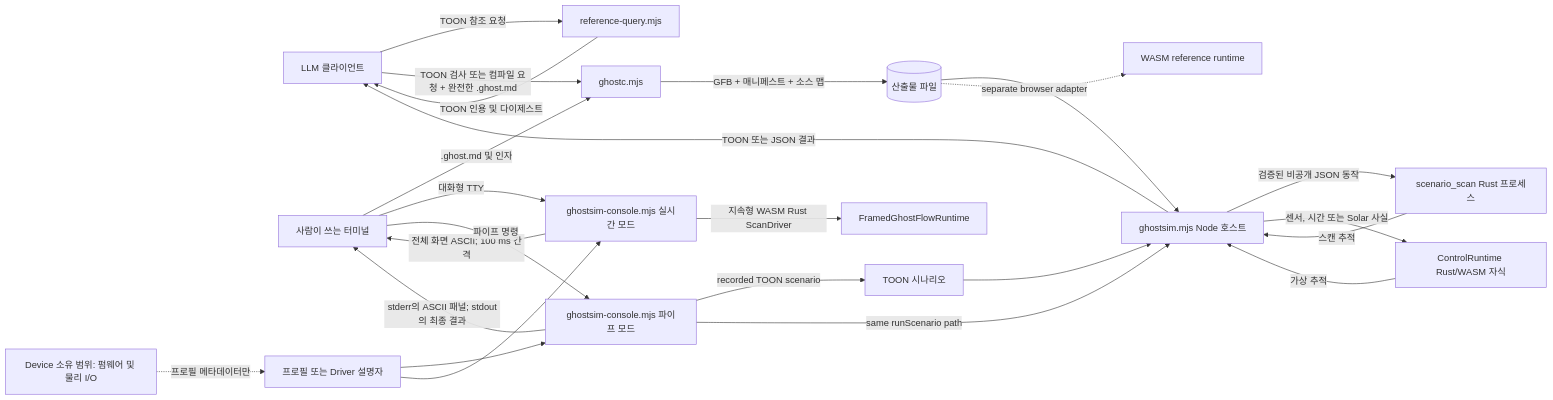
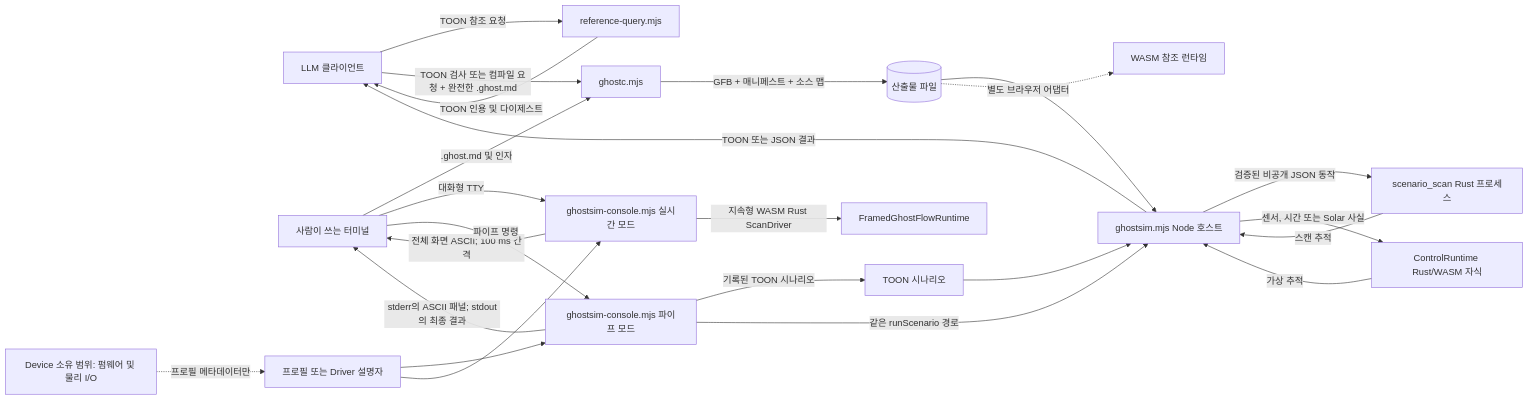
The first of 4 diagrams in docs/LLM-TOOLCHAIN-ARCHITECTURE.ko.md (callin2/ghostflow-language), drawn with Mermaid before and after one commit. The commit also changed 7 other files, not shown here.

````diff
--- a/docs/LLM-TOOLCHAIN-ARCHITECTURE.ko.md
+++ b/docs/LLM-TOOLCHAIN-ARCHITECTURE.ko.md
@@ -12,26 +12,26 @@
 ```mermaid
 flowchart LR
   LLM[LLM 클라이언트] -->|TOON 참조 요청| R[reference-query.mjs]
   R -->|TOON 인용 및 다이제스트| LLM
   LLM -->|TOON 검사 또는 컴파일 요청 + 완전한 .ghost.md| C[ghostc.mjs]
   Human[사람이 쓰는 터미널] -->|.ghost.md 및 인자| C
   C -->|GFB + 매니페스트 + 소스 맵| A[(산출물 파일)]
   A --> S[ghostsim.mjs Node 호스트]
   Scenario[TOON 시나리오] --> S
   S -->|검증된 비공개 JSON 동작| Native[scenario_scan Rust 프로세스]
   Native -->|스캔 추적| S
   S -->|센서, 시간 또는 Solar 사실| SimWasm[ControlRuntime Rust/WASM 자식]
   SimWasm -->|가상 추적| S
   S -->|TOON 또는 JSON 결과| LLM
   Human -->|대화형 TTY| Live[ghostsim-console.mjs 실시간 모드]
   Live -->|지속형 WASM Rust ScanDriver| Core[FramedGhostFlowRuntime]
   Live -->|전체 화면 ASCII; 100 ms 간격| Human
   Human -->|파이프 명령| Console[ghostsim-console.mjs 파이프 모드]
   Profile[프로필 또는 Driver 설명자] --> Console
   Profile --> Live
-  Console -->|recorded TOON scenario| Scenario
-  Console -->|same runScenario path| S
+  Console -->|기록된 TOON 시나리오| Scenario
+  Console -->|같은 runScenario 경로| S
   Console -->|stderr의 ASCII 패널; stdout의 최종 결과| Human
-  A -. separate browser adapter .-> WASM[WASM reference runtime]
+  A -. 별도 브라우저 어댑터 .-> WASM[WASM 참조 런타임]
   Device[Device 소유 범위: 펌웨어 및 물리 I/O] -. 프로필 메타데이터만 .-> Profile
 ```
````
